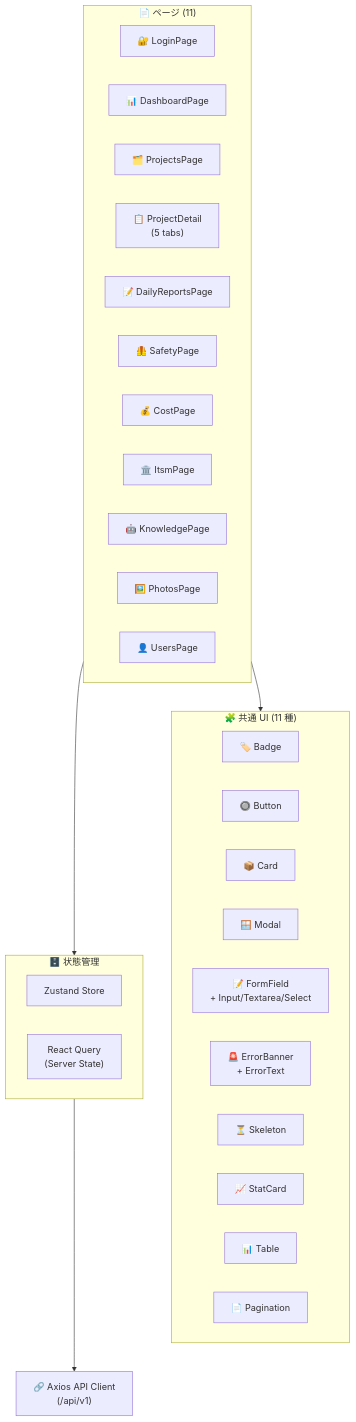
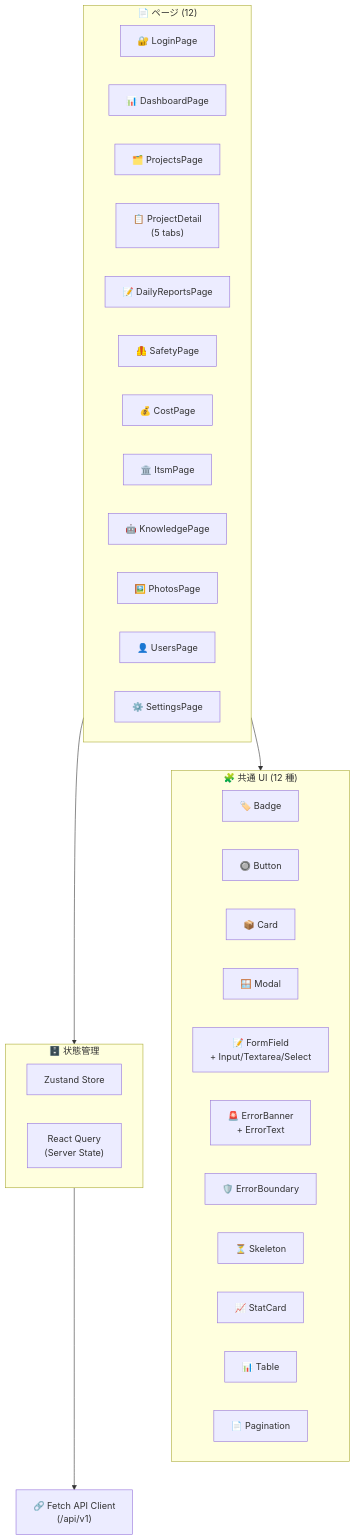
Before and after one commit to Kensan196948G/ServiceHub-Construction-Platform: the third of 7 diagrams in README.md, drawn with Mermaid. The commit also changed other lines of this file, not shown here.

First line of the commit message:
docs(readme): PR #90 反映 — E2E 159件・12ページ・ErrorBoundary 追加

````diff
--- a/README.md
+++ b/README.md
@@ -146,38 +147,40 @@
 ```mermaid
 graph TD
-    subgraph Pages["📄 ページ (11)"]
+    subgraph Pages["📄 ページ (12)"]
         LP["🔐 LoginPage"]
         DP["📊 DashboardPage"]
         PP["🗂️ ProjectsPage"]
         PD["📋 ProjectDetail\n(5 tabs)"]
         RP["📝 DailyReportsPage"]
         SP["🦺 SafetyPage"]
         CP["💰 CostPage"]
         IP["🏛️ ItsmPage"]
         KP["🤖 KnowledgePage"]
         PhP["🖼️ PhotosPage"]
         UP["👤 UsersPage"]
+        SeP["⚙️ SettingsPage"]
     end
 
-    subgraph UI["🧩 共通 UI (11 種)"]
+    subgraph UI["🧩 共通 UI (12 種)"]
         Badge["🏷️ Badge"]
         Button["🔘 Button"]
         Card["📦 Card"]
         Modal["🪟 Modal"]
         FormField["📝 FormField\n+ Input/Textarea/Select"]
         ErrorBanner["🚨 ErrorBanner\n+ ErrorText"]
+        ErrBnd["🛡️ ErrorBoundary"]
         Skeleton["⏳ Skeleton"]
         StatCard["📈 StatCard"]
         Table["📊 Table"]
         Pagination["📄 Pagination"]
     end
 
     subgraph State["🗄️ 状態管理"]
         Zustand["Zustand Store"]
         RQ["React Query\n(Server State)"]
     end
 
     Pages --> UI
     Pages --> State
-    State --> API["🔗 Axios API Client\n(/api/v1)"]
+    State --> API["🔗 Fetch API Client\n(/api/v1)"]
 ```
````
